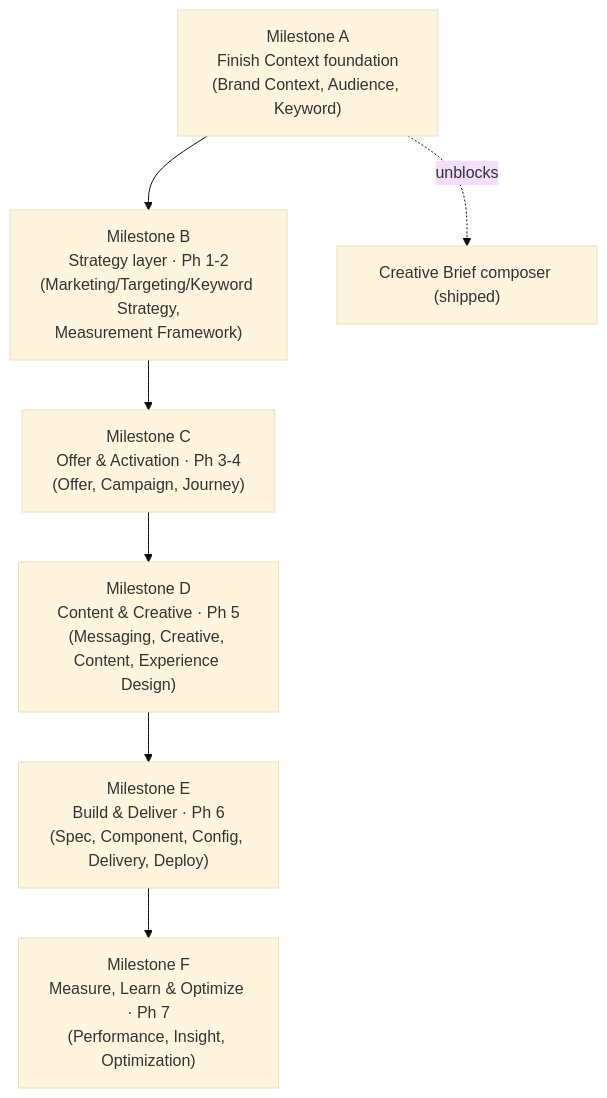
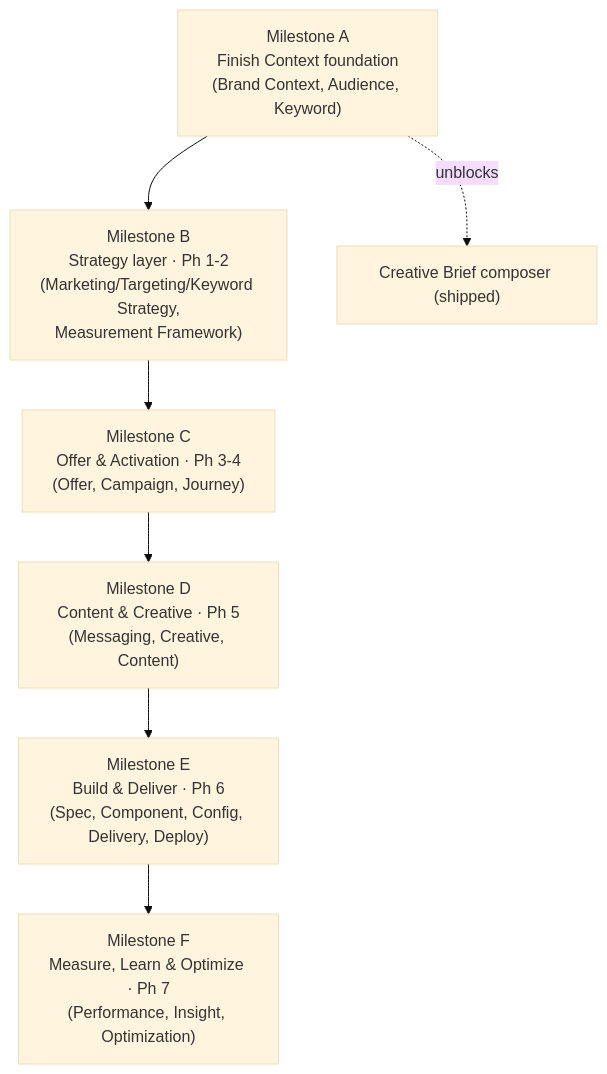
The diagram in roadmap/ROADMAP.md (open-semantic-marketing-model/osmm), drawn with Mermaid (base theme) before and after one commit. The commit also changed other lines of this file and 17 other files, not shown here.

First line of the commit message:
Milestone D: build Creative Strategy + Content Strategy; fold Experience Design into Creative Strategy

````diff
--- a/roadmap/ROADMAP.md
+++ b/roadmap/ROADMAP.md
@@ -28,11 +28,11 @@
 ```mermaid
 flowchart TD
   A["Milestone A<br/>Finish Context foundation<br/>(Brand Context, Audience, Keyword)"]
   B["Milestone B<br/>Strategy layer · Ph 1-2<br/>(Marketing/Targeting/Keyword Strategy,<br/>Measurement Framework)"]
   C["Milestone C<br/>Offer & Activation · Ph 3-4<br/>(Offer, Campaign, Journey)"]
-  D["Milestone D<br/>Content & Creative · Ph 5<br/>(Messaging, Creative, Content, Experience Design)"]
+  D["Milestone D<br/>Content & Creative · Ph 5<br/>(Messaging, Creative, Content)"]
   E["Milestone E<br/>Build & Deliver · Ph 6<br/>(Spec, Component, Config, Delivery, Deploy)"]
   F["Milestone F<br/>Measure, Learn & Optimize · Ph 7<br/>(Performance, Insight, Optimization)"]
   A --> B --> C --> D --> E --> F
   A -. "unblocks" .-> C01["Creative Brief composer (shipped)"]
 ```
````
